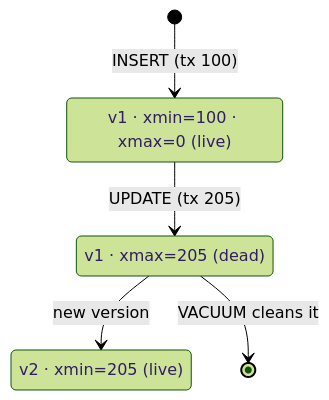
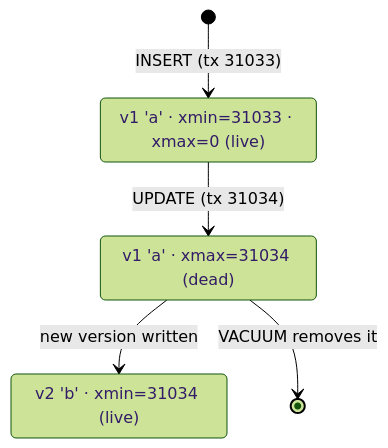
One commit to wesamkhateeb98-creator/postgresql-zero-to-hero changed the diagram in Doc/06-transactions-mvcc/03-mvcc.md. Above: the diagram before and after it, drawn with Mermaid (forest theme). The commit also changed other lines of this file and 29 other files, not shown here.

````diff
--- a/Doc/06-transactions-mvcc/03-mvcc.md
+++ b/Doc/06-transactions-mvcc/03-mvcc.md
@@ -5,10 +5,10 @@
 ```mermaid
 stateDiagram-v2
-    v1: v1 · xmin=100 · xmax=0 (live)
-    v1dead: v1 · xmax=205 (dead)
-    v2: v2 · xmin=205 (live)
-    [*] --> v1: INSERT (tx 100)
-    v1 --> v1dead: UPDATE (tx 205)
-    v1dead --> v2: new version
-    v1dead --> [*]: VACUUM cleans it
+    v1: v1 'a' · xmin=31033 · xmax=0 (live)
+    v1dead: v1 'a' · xmax=31034 (dead)
+    v2: v2 'b' · xmin=31034 (live)
+    [*] --> v1: INSERT (tx 31033)
+    v1 --> v1dead: UPDATE (tx 31034)
+    v1dead --> v2: new version written
+    v1dead --> [*]: VACUUM removes it
 ```
````
